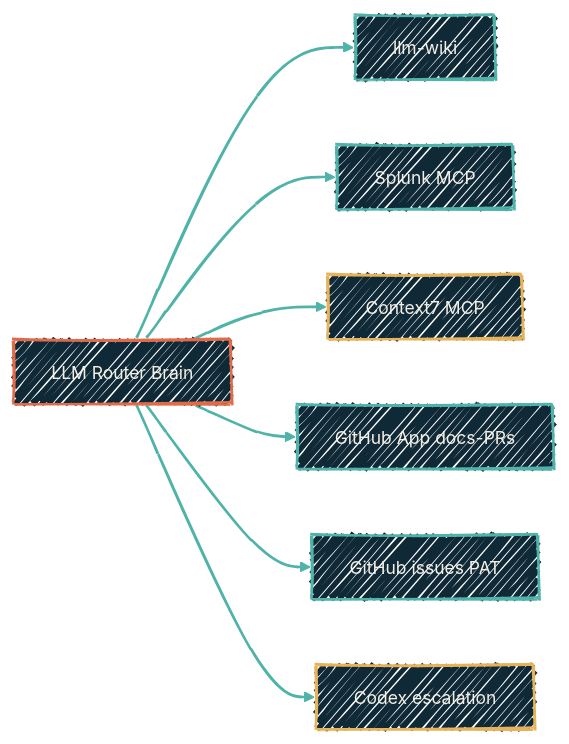
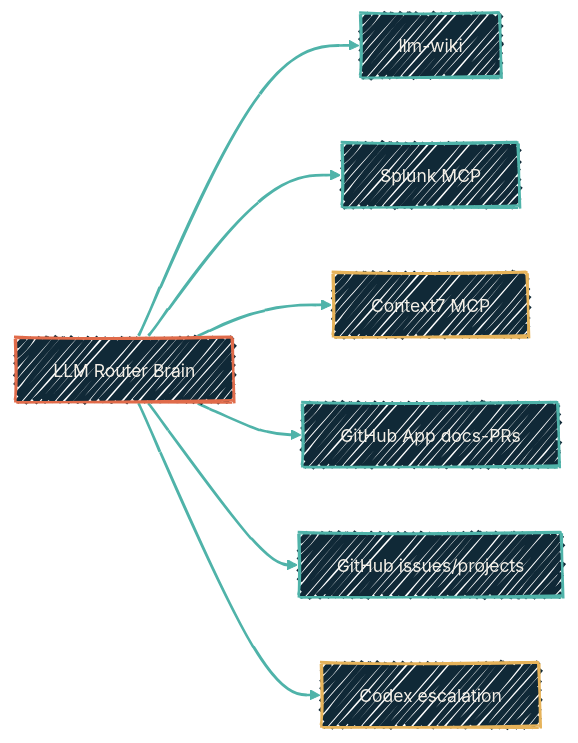
The second of 2 diagrams in autonomous-agents/hermes-agent.mdx (JacobPEvans/docs), drawn with Mermaid before and after one commit. The commit also changed other lines of this file and 14 other files, not shown here.

````diff
--- a/autonomous-agents/hermes-agent.mdx
+++ b/autonomous-agents/hermes-agent.mdx
@@ -138,20 +138,20 @@
 ```mermaid
 %%{init: {'theme':'base','look':'handDrawn','themeVariables':{'fontFamily':'Geist','fontSize':'14px','primaryColor':'#102937','primaryTextColor':'#F4EFE6','primaryBorderColor':'#4FB3A9','lineColor':'#4FB3A9','secondaryColor':'#0B1D2A','tertiaryColor':'#1A2A38','clusterBkg':'rgba(79,179,169,0.08)','clusterBorder':'#4FB3A9'}}}%%
 flowchart LR
     Brain[LLM Router Brain] --> LLMWiki[llm-wiki]
     Brain --> SplunkMCP[Splunk MCP]
     Brain --> Context7[Context7 MCP]
     Brain --> GitHubApp[GitHub App docs-PRs]
-    Brain --> GitHubPAT[GitHub issues PAT]
+    Brain --> GitHubIssues[GitHub issues/projects]
     Brain --> Codex[Codex escalation]
 
     classDef ai       fill:#102937,stroke:#E06B4A,stroke-width:2px,color:#F4EFE6;
     classDef hop      fill:#102937,stroke:#4FB3A9,stroke-width:2px,color:#F4EFE6;
     classDef external fill:#102937,stroke:#E6B35A,stroke-width:2px,color:#F4EFE6;
 
     class Brain ai
-    class LLMWiki,SplunkMCP,GitHubApp,GitHubPAT hop
+    class LLMWiki,SplunkMCP,GitHubApp,GitHubIssues hop
     class Context7,Codex external
 
     linkStyle 0,1,2,3,4,5 stroke:#4FB3A9,stroke-width:2px;
 ```
````
